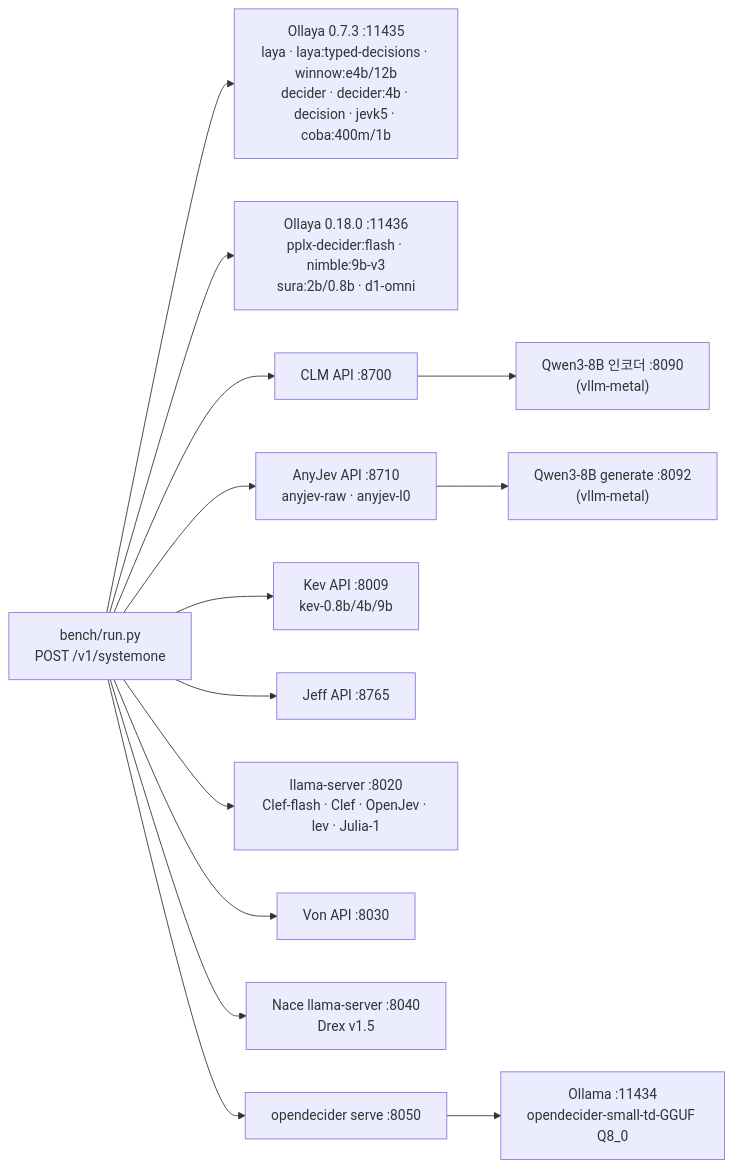
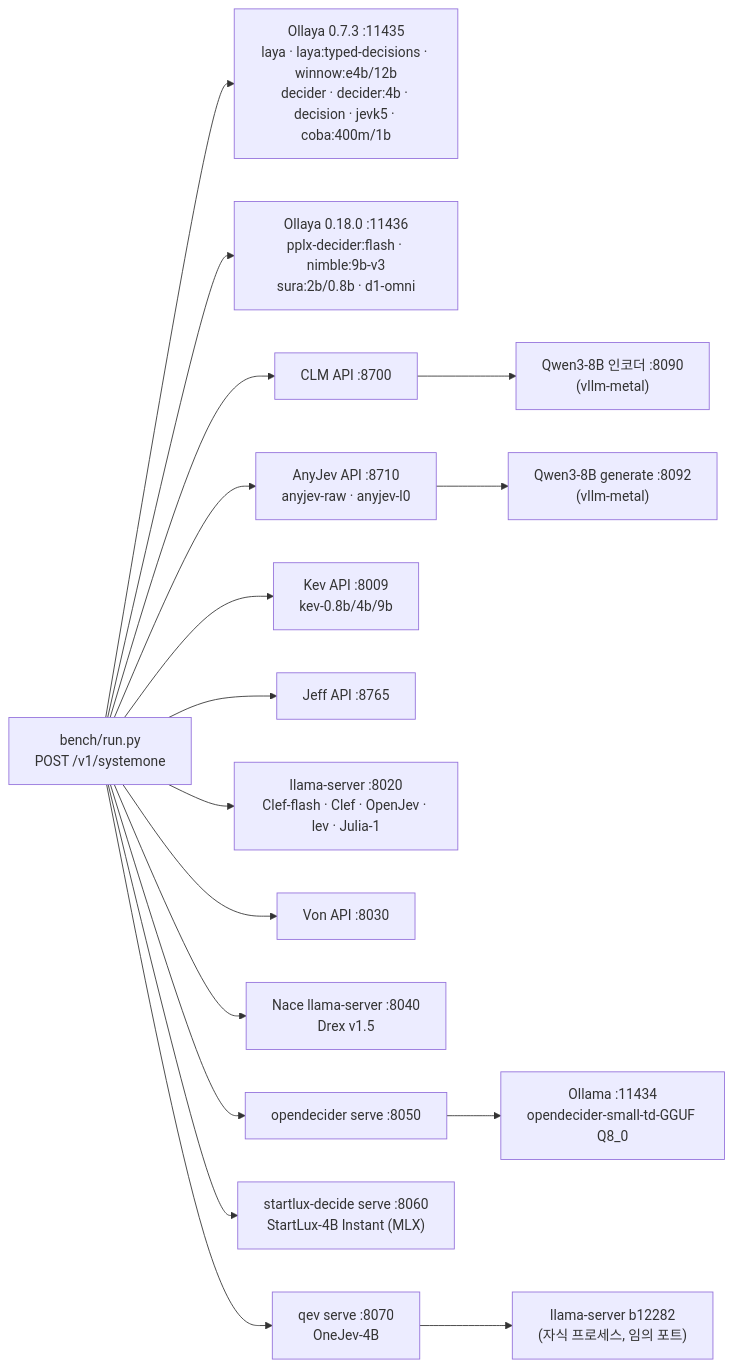
Before and after one commit to tak-bro/local-jev-bench: the diagram in README.ko.md, drawn with Mermaid. The commit also changed other lines of this file and 30 other files, not shown here.

First line of the commit message:
feat(bench): add StartLux-4B and OneJev-4B engines (#27)

````diff
--- a/README.ko.md
+++ b/README.ko.md
@@ -103,19 +108,22 @@
 ```mermaid
 flowchart LR
     client["bench/run.py<br/>POST /v1/systemone"]
 
     client --> ollaya1["Ollaya 0.7.3 :11435<br/>laya · laya:typed-decisions · winnow:e4b/12b<br/>decider · decider:4b · decision · jevk5 · coba:400m/1b"]
     client --> ollaya2["Ollaya 0.18.0 :11436<br/>pplx-decider:flash · nimble:9b-v3<br/>sura:2b/0.8b · d1-omni"]
     client --> clmapi["CLM API :8700"]
     client --> anyjevapi["AnyJev API :8710<br/>anyjev-raw · anyjev-l0"]
     client --> kevapi["Kev API :8009<br/>kev-0.8b/4b/9b"]
     client --> jeffapi["Jeff API :8765"]
     client --> llama["llama-server :8020<br/>Clef-flash · Clef · OpenJev · lev · Julia-1"]
     client --> vonapi["Von API :8030"]
     client --> drexapi["Nace llama-server :8040<br/>Drex v1.5"]
     client --> odapi["opendecider serve :8050"]
+    client --> slapi["startlux-decide serve :8060<br/>StartLux-4B Instant (MLX)"]
+    client --> qevapi["qev serve :8070<br/>OneJev-4B"]
 
     clmapi --> embed8090["Qwen3-8B 인코더 :8090<br/>(vllm-metal)"]
     anyjevapi --> gen8092["Qwen3-8B generate :8092<br/>(vllm-metal)"]
+    qevapi --> qevllama["llama-server b12282<br/>(자식 프로세스, 임의 포트)"]
     odapi --> ollama["Ollama :11434<br/>opendecider-small-td-GGUF Q8_0"]
 ```
````
